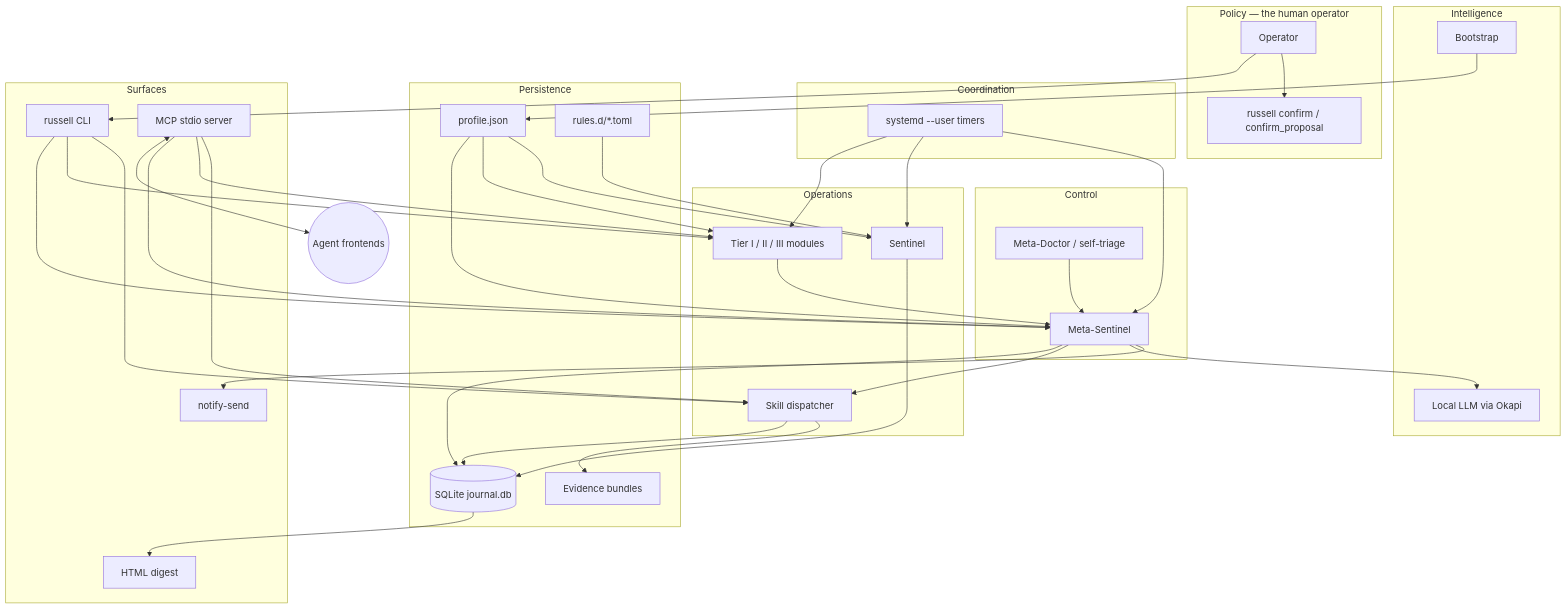
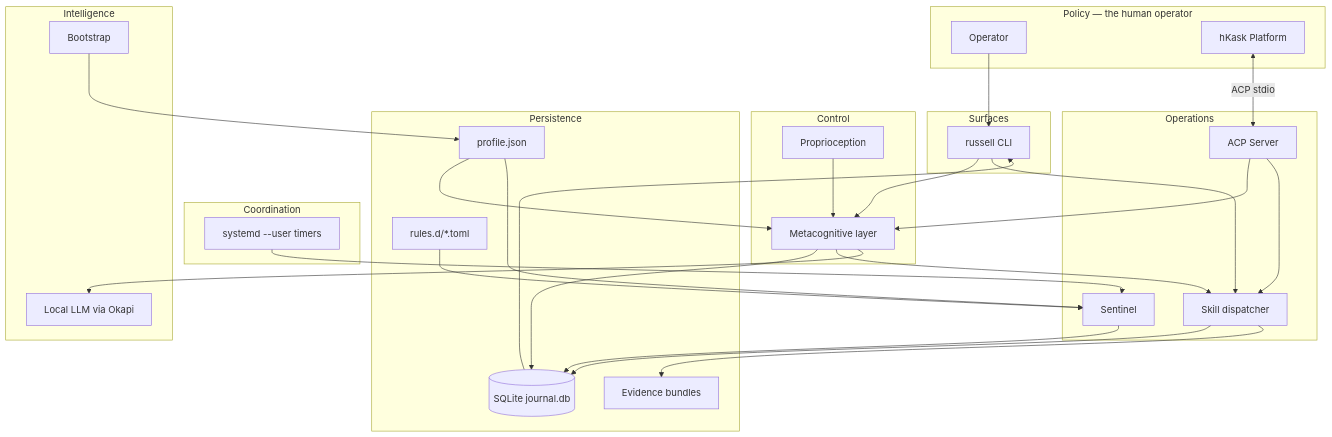
One commit to mdz-axo/russell changed the first of 2 diagrams in docs/architecture/overview.md. Above: the diagram before and after it, drawn with Mermaid. The commit also changed other lines of this file and 30 other files, not shown here.

````diff
--- a/docs/architecture/overview.md
+++ b/docs/architecture/overview.md
@@ -31,58 +31,52 @@
 ```mermaid
 flowchart TB
   subgraph POLICY [Policy — the human operator]
     USER[Operator]
-    CONFIRM[russell confirm / confirm_proposal]
+    HKASK[hKask Platform]
   end
 
   subgraph INTEL [Intelligence]
     BOOT[Bootstrap]
     LLM[Local LLM via Okapi]
   end
 
   subgraph CONTROL [Control]
     META[Metacognitive layer]
-    PROPRIO[Meta-Doctor / self-triage]
+    PROPRIO[Proprioception]
   end
 
   subgraph COORD [Coordination]
     CLOCK[systemd --user timers]
   end
 
   subgraph OPS [Operations]
     SENTINEL[Sentinel]
-    META[Meta-Sentinel]
-    TIERS[Tier I / II / III modules]
+    ACP[ACP Server]
     SKILLS[Skill dispatcher]
   end
 
   subgraph PERSIST [Persistence]
     JOURNAL[(SQLite journal.db)]
     PROFILE[profile.json]
     EVIDENCE[Evidence bundles]
     RULES[rules.d/*.toml]
   end
 
   subgraph SURFACE [Surfaces]
     CLI[russell CLI]
-    MCP[MCP stdio server]
-    NOTIFY[notify-send]
-    DIGEST[HTML digest]
   end
 
-  USER --> CLI & CONFIRM
-  MCP <--> AGENTS((Agent frontends))
-  CLI & MCP --> META & TIERS & SKILLS
-  CLOCK --> TIERS & SENTINEL & META
+  USER --> CLI
+  HKASK <-->|ACP stdio| ACP
+  CLI & ACP --> META & SKILLS
+  CLOCK --> SENTINEL
   SENTINEL --> JOURNAL
   META --> JOURNAL
-  TIERS --> META
   META --> SKILLS --> JOURNAL & EVIDENCE
   META --> LLM
   PROPRIO --> META
   BOOT --> PROFILE
-  PROFILE --> META & TIERS & SENTINEL
+  PROFILE --> META & SENTINEL
   RULES --> SENTINEL
-  JOURNAL --> DIGEST
-  META --> NOTIFY
+  JOURNAL --> CLI
 ```
````
